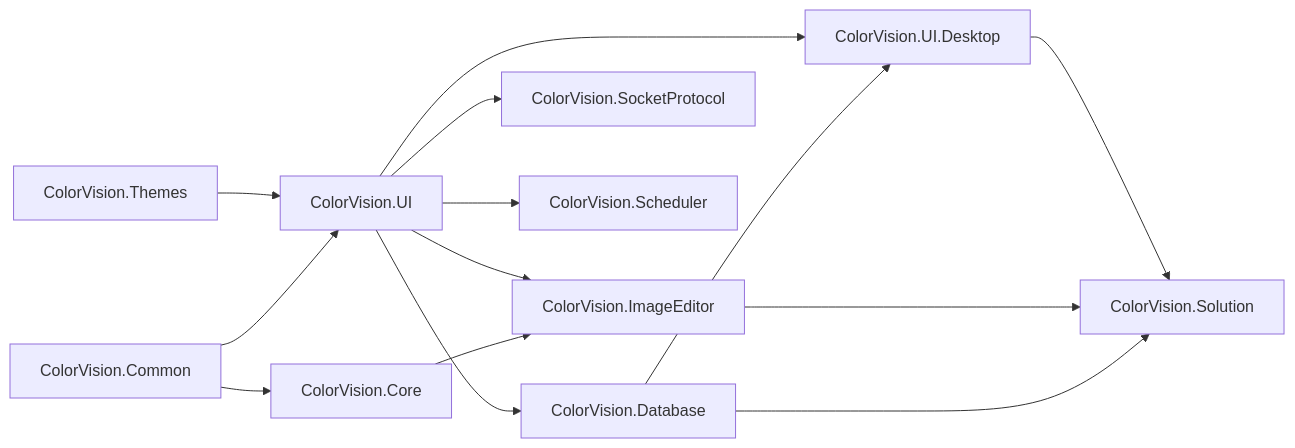
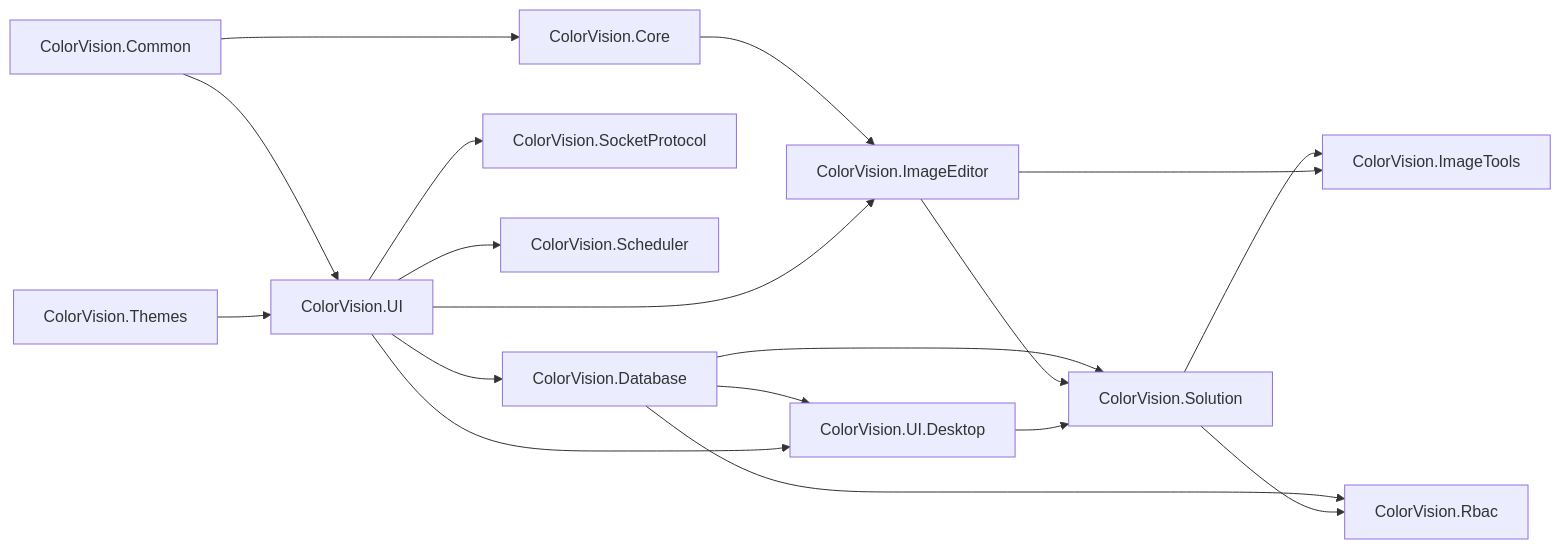
One commit to xincheng213618/scgd_general_wpf changed the diagram in docs/04-api-reference/ui-components/README.md. Above: the diagram before and after it, drawn with Mermaid. The commit also changed other lines of this file and 67 other files, not shown here.

````diff
--- a/docs/04-api-reference/ui-components/README.md
+++ b/docs/04-api-reference/ui-components/README.md
@@ -31,16 +33,20 @@
 ```mermaid
 flowchart LR
   Common["ColorVision.Common"] --> UI["ColorVision.UI"]
   Themes["ColorVision.Themes"] --> UI
   UI --> Database["ColorVision.Database"]
   UI --> Socket["ColorVision.SocketProtocol"]
   UI --> Scheduler["ColorVision.Scheduler"]
   Common --> Core["ColorVision.Core"]
   Core --> ImageEditor["ColorVision.ImageEditor"]
   UI --> ImageEditor
   Database --> UIDesktop["ColorVision.UI.Desktop"]
   UI --> UIDesktop
   Database --> Solution["ColorVision.Solution"]
   ImageEditor --> Solution
   UIDesktop --> Solution
+  Solution --> ImageTools["ColorVision.ImageTools"]
+  ImageEditor --> ImageTools
+  Database --> Rbac["ColorVision.Rbac"]
+  Solution --> Rbac
 ```
````
